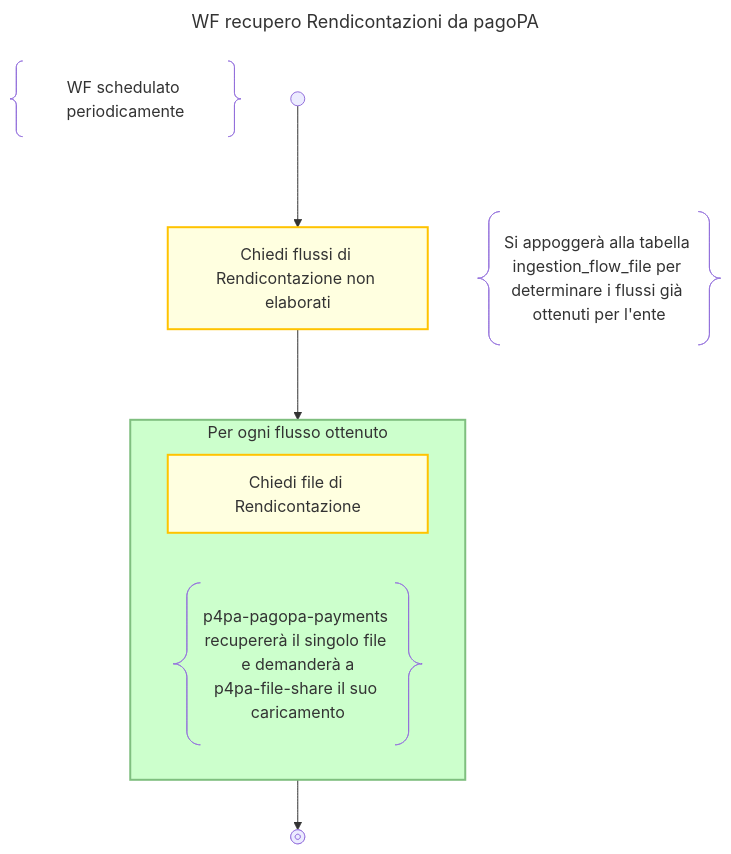
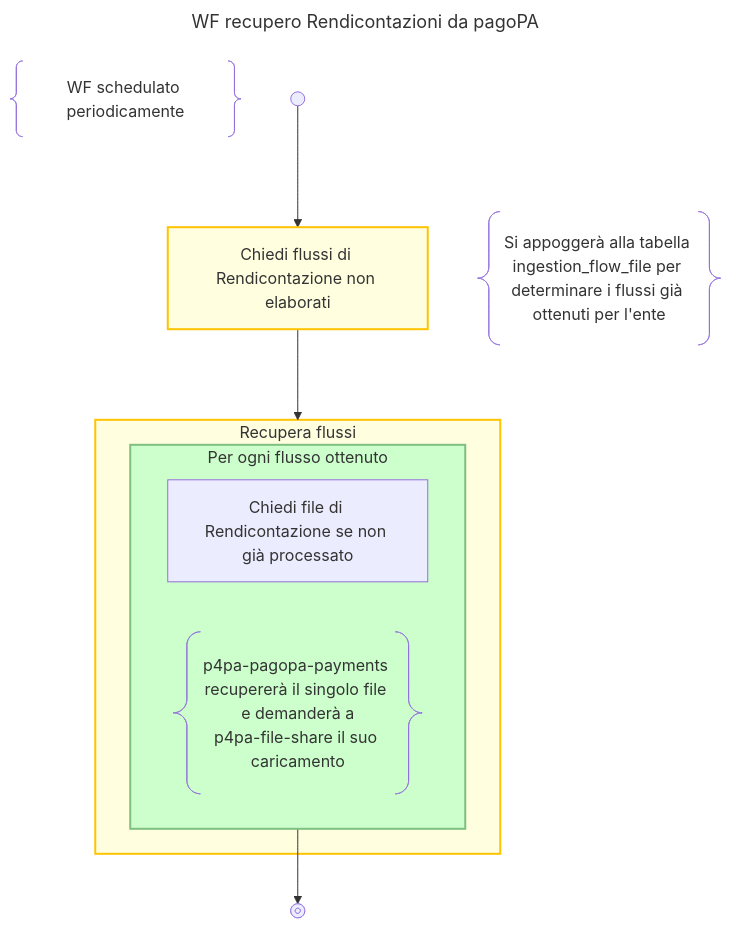
The diagram in design/workflow/classificazioneIncassi/03.rendicontazione-fetch.mmd (pagopa/p4pa-doc), drawn with Mermaid before and after one commit. The commit also changed 1 other file, not shown here.

Commit message:
fix paymentsReporting fetch from PagoPA

```diff
--- a/design/workflow/classificazioneIncassi/03.rendicontazione-fetch.mmd
+++ b/design/workflow/classificazioneIncassi/03.rendicontazione-fetch.mmd
@@ -1,28 +1,31 @@
 ---
 title: WF recupero Rendicontazioni da pagoPA
 ---
 flowchart TD
     DESCRIPTION@{ shape: braces, label: "WF schedulato periodicamente" }
 
     START@{shape: start} -->
     FETCH_LIST:::activity@{label: "Chiedi flussi di Rendicontazione non elaborati"} -->
-    LOOP
+    FETCH_FILES
 
     subgraph FETCH_LIST_NOTE_BLOCK
         FETCH_LIST
         FETCH_FILE_NOTE@{shape: braces, label: "Si appoggerà alla tabella ingestion_flow_file per determinare i flussi già ottenuti per l'ente"}
     end
     class FETCH_LIST_NOTE_BLOCK disable
 
-    subgraph LOOP["Per ogni flusso ottenuto"]
-        FETCH_FILE:::activity@{label: "Chiedi file di Rendicontazione"}
+    subgraph FETCH_FILES["Recupera flussi"]
+        subgraph LOOP["Per ogni flusso ottenuto"]
+            FETCH_FILE@{label: "Chiedi file di Rendicontazione se non già processato"}
 
-        NOTE@{ shape: braces, label: "p4pa-pagopa-payments recupererà il singolo file e demanderà a<BR />p4pa-file-share il suo caricamento" }
+            NOTE@{ shape: braces, label: "p4pa-pagopa-payments recupererà il singolo file e demanderà a<BR />p4pa-file-share il suo caricamento" }
+        end
     end
+    class FETCH_FILES activity
 
     LOOP --> END@{shape: stop}
     class LOOP loop
 
     classDef disable display:none;
     classDef activity fill:#FFFFE0, stroke:#ffc300, stroke-width:2px;
     classDef loop fill:#CCFFCC, stroke:#7FBF7F, stroke-width:2px, padding-bottom: 5px;
```
